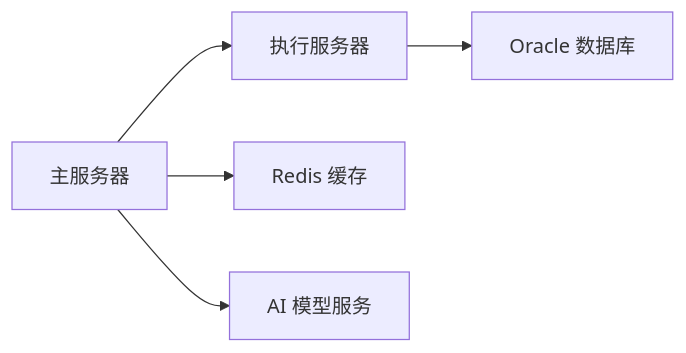
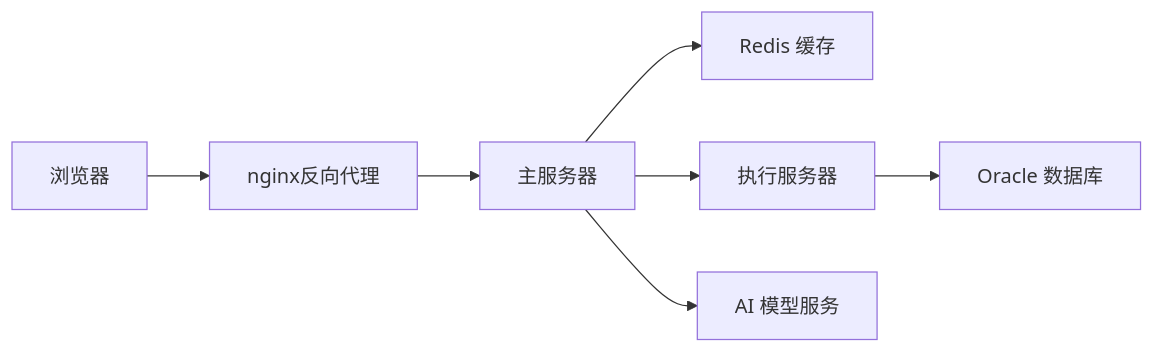
Before and after one commit to liuzh2008/med_ai_assistant_workspace: diagram 11 of 11 in .qoder/repowiki/zh/content/系统架构/系统架构.md, drawn with Mermaid. The commit also changed other lines of this file and 4 other files, not shown here.

````diff
--- a/.qoder/repowiki/zh/content/系统架构/系统架构.md
+++ b/.qoder/repowiki/zh/content/系统架构/系统架构.md
@@ -291,7 +397,9 @@
 ```mermaid
 graph LR
-Main["主服务器"] --> Exec["执行服务器"]
+Browser["浏览器"] --> Nginx["nginx反向代理"]
+Nginx --> Main["主服务器"]
 Main --> Redis["Redis 缓存"]
+Main --> Exec["执行服务器"]
 Exec --> Oracle["Oracle 数据库"]
 Main --> AIM["AI 模型服务"]
 ```
````
